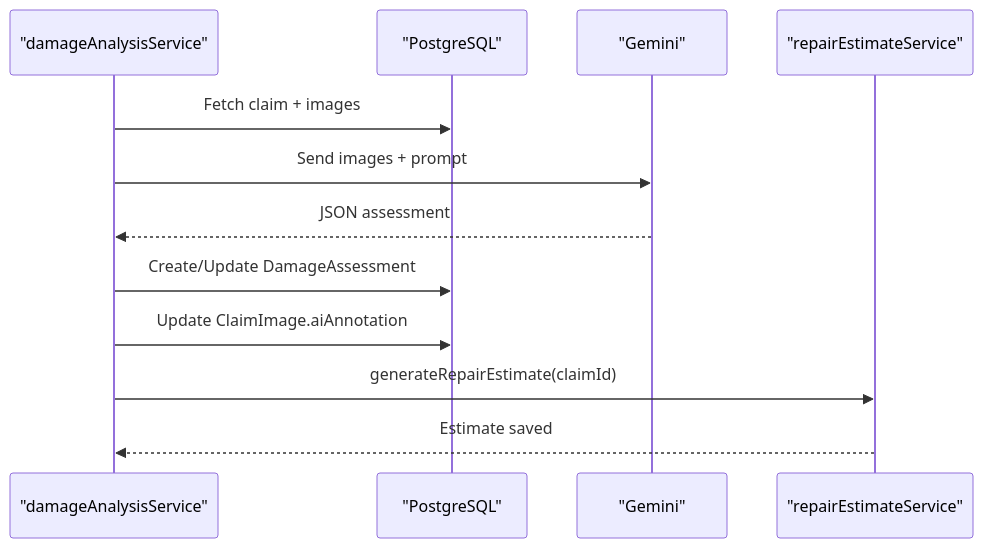
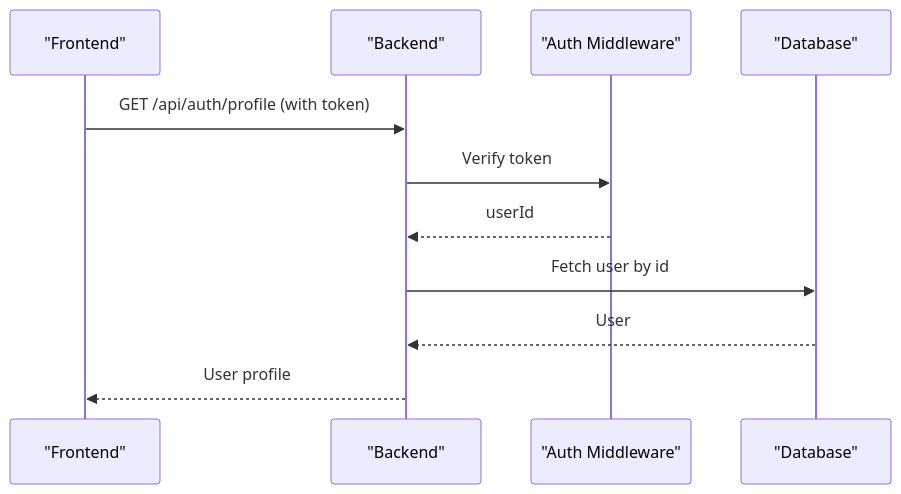
One commit to NaveenHiranya/Smart-Vehicle-Insurance-Claim-System changed the third of 6 diagrams in .qoder/repowiki/en/content/Project Overview.md. Above: the diagram before and after it, drawn with Mermaid. The commit also changed other lines of this file and 183 other files, not shown here.

````diff
--- a/.qoder/repowiki/en/content/Project Overview.md
+++ b/.qoder/repowiki/en/content/Project Overview.md
@@ -194,14 +171,13 @@
 ```mermaid
 sequenceDiagram
-participant SVC as "damageAnalysisService"
-participant DB as "PostgreSQL"
-participant AI as "Gemini"
-participant EST as "repairEstimateService"
-SVC->>DB : Fetch claim + images
-SVC->>AI : Send images + prompt
-AI-->>SVC : JSON assessment
-SVC->>DB : Create/Update DamageAssessment
-SVC->>DB : Update ClaimImage.aiAnnotation
-SVC->>EST : generateRepairEstimate(claimId)
-EST-->>SVC : Estimate saved
+participant FE as "Frontend"
+participant API as "Backend"
+participant Auth as "Auth Middleware"
+participant DB as "Database"
+FE->>API : GET /api/auth/profile (with token)
+API->>Auth : Verify token
+Auth-->>API : userId
+API->>DB : Fetch user by id
+DB-->>API : User
+API-->>FE : User profile
 ```
````
